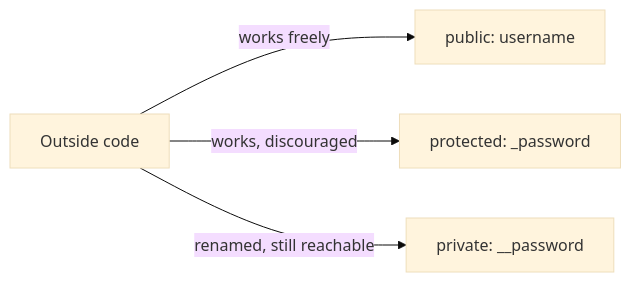
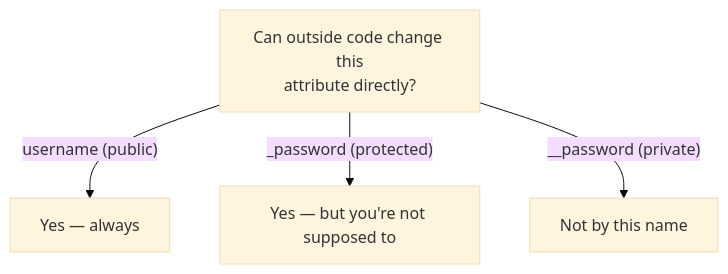
Before and after one commit to VishnuKumpati/Python-foundations: the second of 2 diagrams in modules/p4-classes-objects/unit-4-2-the-four-pillars-of-oop.md, drawn with Mermaid (base theme). The commit also changed other lines of this file, not shown here.

Commit message:
Fix Unit 4.2: remove decorator dependency, clarify heading and flowchart

````diff
--- a/modules/p4-classes-objects/unit-4-2-the-four-pillars-of-oop.md
+++ b/modules/p4-classes-objects/unit-4-2-the-four-pillars-of-oop.md
@@ -194,6 +194,7 @@
 ```mermaid
-flowchart LR
-    O["Outside code"] -->|"works freely"| Pub["public: username"]
-    O -->|"works, discouraged"| Prot["protected: _password"]
-    O -->|"renamed, still reachable"| Priv["private: __password"]
+flowchart TD
+    Q["Can outside code change this\nattribute directly?"]
+    Q -->|"username (public)"| A["Yes — always"]
+    Q -->|"_password (protected)"| B["Yes — but you're not supposed to"]
+    Q -->|"__password (private)"| C["Not by this name"]
 ```
````
